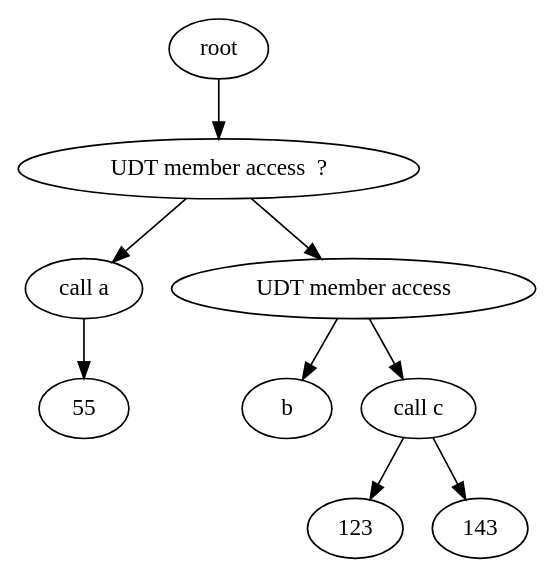
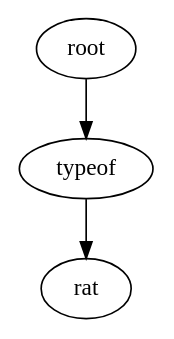
One commit to pranav-ap/wasp-lang changed the diagram in examples/module.dot. Above: the diagram before and after it, drawn with Graphviz. The commit also changed 5 other files, not shown here.

```diff
--- a/examples/module.dot
+++ b/examples/module.dot
@@ -1,19 +1,7 @@
 digraph G { 
 "0"   [label="root"]; 
- "1"   [label="UDT member access  ? "]; 
+ "1"   [label="typeof"]; 
  "0" -> "1"; 
- "2"   [label="call a"]; 
+ "2"   [label="rat"]; 
  "1" -> "2"; 
- "3"   [label="55"]; 
- "2" -> "3"; 
- "4"   [label="UDT member access "]; 
- "1" -> "4"; 
- "5"   [label="b"]; 
- "4" -> "5"; 
- "6"   [label="call c"]; 
- "4" -> "6"; 
- "7"   [label="123"]; 
- "6" -> "7"; 
- "8"   [label="143"]; 
- "6" -> "8"; 
  }
```
